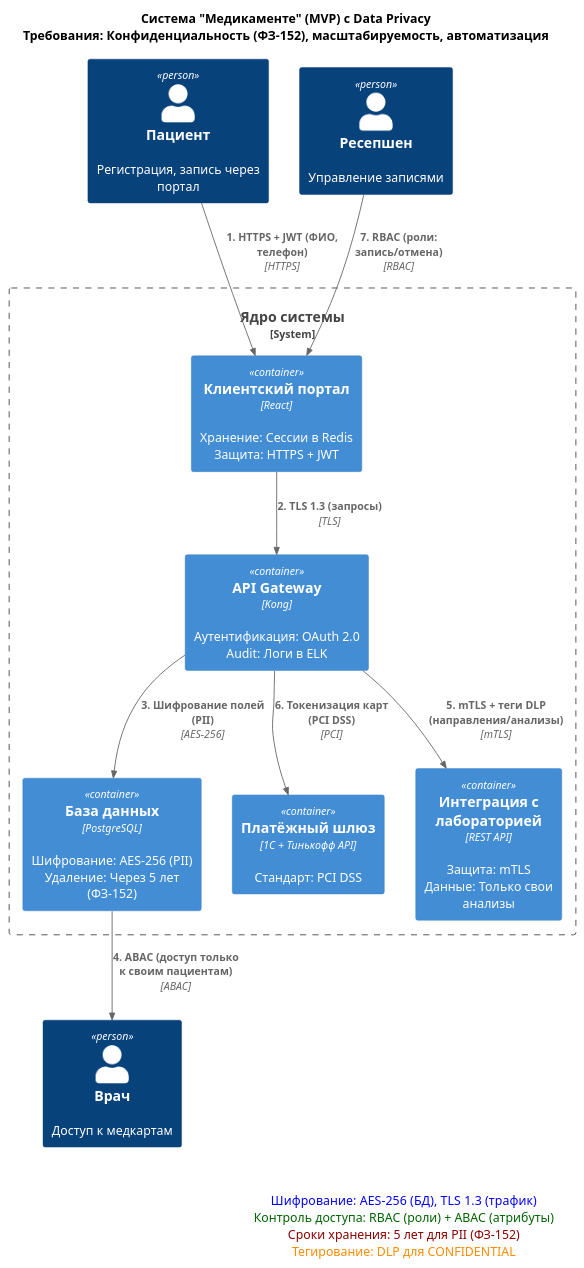
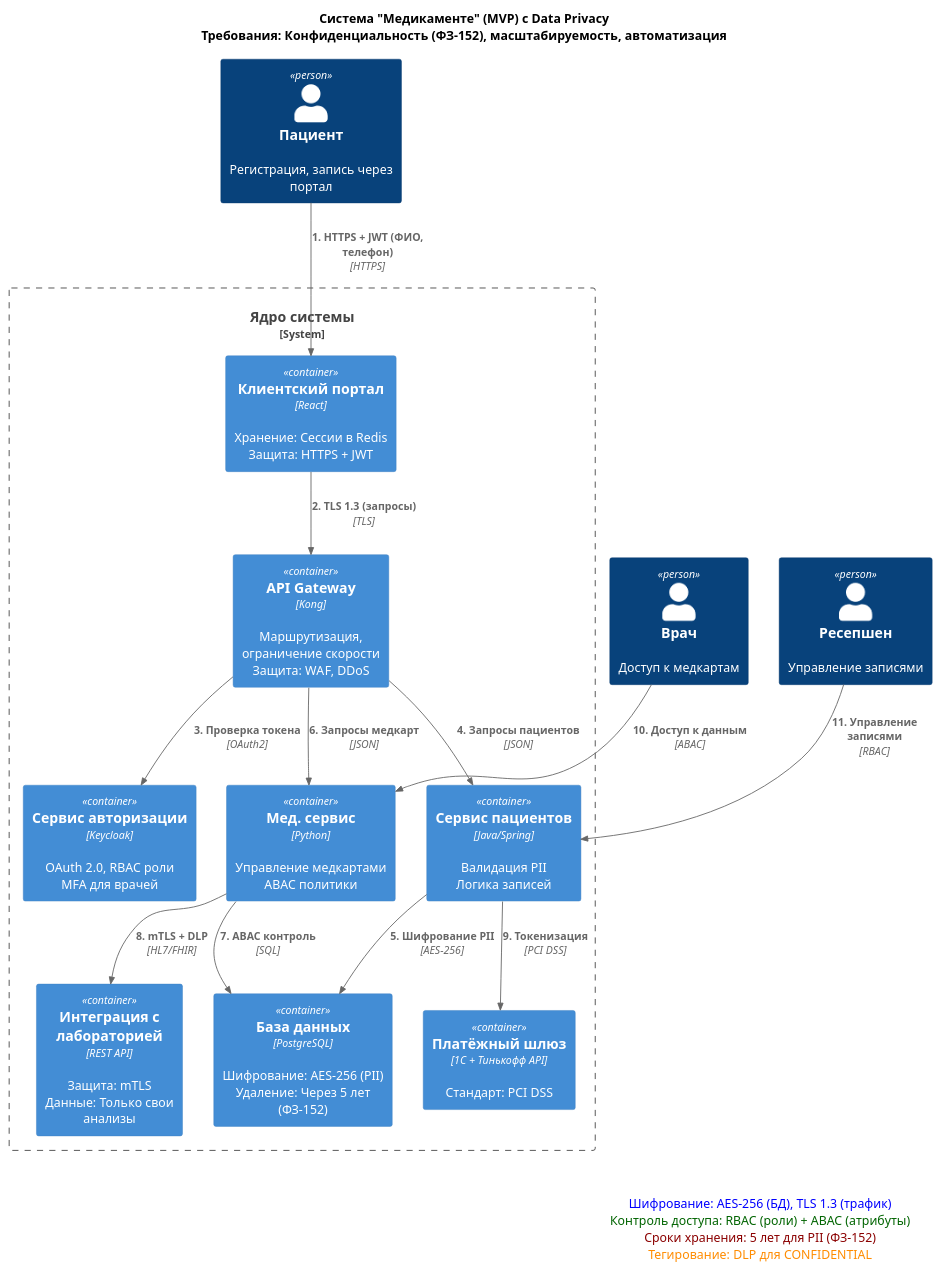
One commit to fireflysmk/architecture-sprint-10 changed the diagram in Task2/с4.puml. Above: the diagram before and after it, drawn with PlantUML. The commit also changed 1 other file, not shown here.

Commit message:
update homework, new c4 diagramm

```diff
--- a/Task2/с4.puml
+++ b/Task2/с4.puml
@@ -1,34 +1,44 @@
 @startuml
 !include <C4/C4_Container>
 
 title Система "Медикаменте" (MVP) с Data Privacy\nТребования: Конфиденциальность (ФЗ-152), масштабируемость, автоматизация
 
 Person(patient, "Пациент", "Регистрация, запись через портал")
 Person(doctor, "Врач", "Доступ к медкартам")
 Person(reception, "Ресепшен", "Управление записями")
 
 System_Boundary(medikamente, "Ядро системы") {
   Container(portal, "Клиентский портал", "React", "Хранение: Сессии в Redis\nЗащита: HTTPS + JWT")
-  Container(api, "API Gateway", "Kong", "Аутентификация: OAuth 2.0\nAudit: Логи в ELK")
+  Container(api_gw, "API Gateway", "Kong", "Маршрутизация, ограничение скорости\nЗащита: WAF, DDoS")
+  
+  Container(auth, "Сервис авторизации", "Keycloak", "OAuth 2.0, RBAC роли\nMFA для врачей")
+  Container(patient_svc, "Сервис пациентов", "Java/Spring", "Валидация PII\nЛогика записей")
+  Container(medical_svc, "Мед. сервис", "Python", "Управление медкартами\nABAC политики")
+  
   Container(db, "База данных", "PostgreSQL", "Шифрование: AES-256 (PII)\nУдаление: Через 5 лет (ФЗ-152)")
   Container(payment, "Платёжный шлюз", "1С + Тинькофф API", "Стандарт: PCI DSS")
   Container(lab, "Интеграция с лабораторией", "REST API", "Защита: mTLS\nДанные: Только свои анализы")
 }
 
+' Потоки данных
 Rel(patient, portal, "1. HTTPS + JWT (ФИО, телефон)", "HTTPS")
-Rel(portal, api, "2. TLS 1.3 (запросы)", "TLS")
-Rel(api, db, "3. Шифрование полей (PII)", "AES-256")
-Rel(db, doctor, "4. ABAC (доступ только к своим пациентам)", "ABAC")
-Rel(api, lab, "5. mTLS + теги DLP (направления/анализы)", "mTLS")
-Rel(api, payment, "6. Токенизация карт (PCI DSS)", "PCI")
-Rel(reception, portal, "7. RBAC (роли: запись/отмена)", "RBAC")
+Rel(portal, api_gw, "2. TLS 1.3 (запросы)", "TLS")
+Rel(api_gw, auth, "3. Проверка токена", "OAuth2")
+Rel(api_gw, patient_svc, "4. Запросы пациентов", "JSON")
+Rel(patient_svc, db, "5. Шифрование PII", "AES-256")
+Rel(api_gw, medical_svc, "6. Запросы медкарт", "JSON")
+Rel(medical_svc, db, "7. ABAC контроль", "SQL")
+Rel(medical_svc, lab, "8. mTLS + DLP", "HL7/FHIR")
+Rel(patient_svc, payment, "9. Токенизация", "PCI DSS")
+Rel(doctor, medical_svc, "10. Доступ к данным", "ABAC")
+Rel(reception, patient_svc, "11. Управление записями", "RBAC")
 
 legend right
   <b>Меры Data Privacy:</b>
   ====
-  <color:#0000FF>Шифрование:  AES-256 (БД), TLS 1.3 (трафик)</color>
+  <color:#0000FF>Шифрование: AES-256 (БД), TLS 1.3 (трафик)</color>
   <color:#006400>Контроль доступа: RBAC (роли) + ABAC (атрибуты)</color>
   <color:#8B0000>Сроки хранения: 5 лет для PII (ФЗ-152)</color>
   <color:#FF8C00>Тегирование: DLP для CONFIDENTIAL</color>
 endlegend
 @enduml
```
